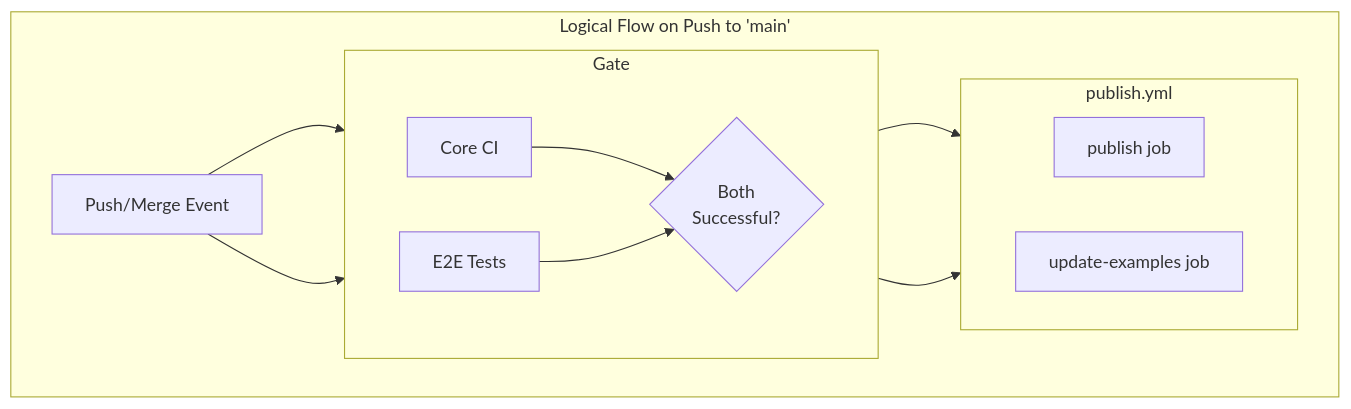
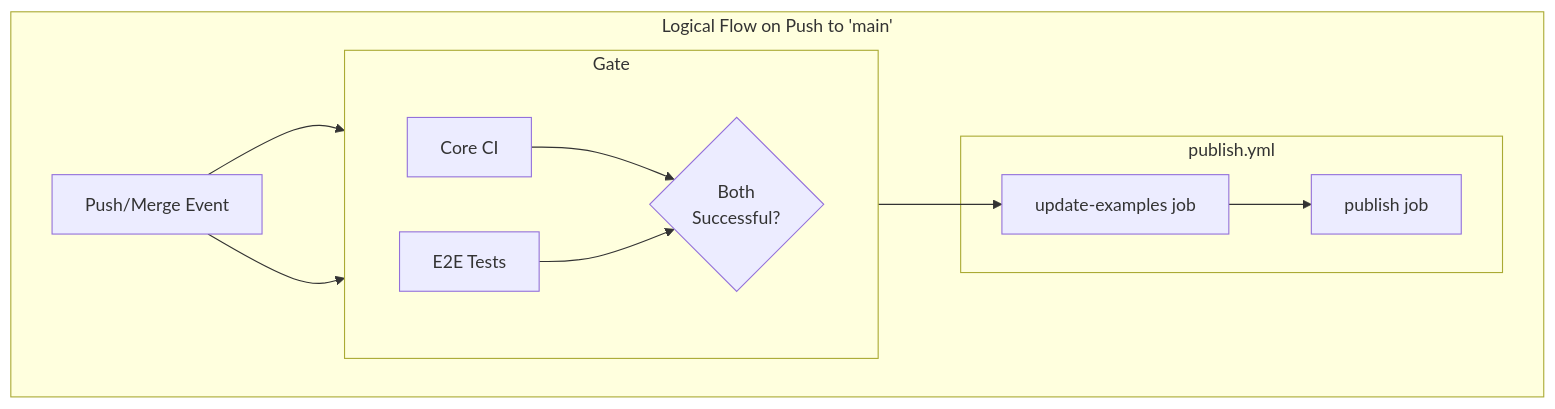
One commit to MrT3313/CREATE-ELECTRON-FOUNDATION changed the second of 2 diagrams in .github/diagram.md. Above: the diagram before and after it, drawn with Mermaid. The commit also changed other lines of this file and 2 other files, not shown here.

````diff
--- a/.github/diagram.md
+++ b/.github/diagram.md
@@ -26,19 +28,19 @@
 ```mermaid
 graph TD;
     subgraph "Logical Flow on Push to 'main'";
         A[Push/Merge Event] --> B["Core CI"];
         A --> C["E2E Tests"];
 
         subgraph "Gate";
             direction LR
             B --> G{Both<br/>Successful?};
             C --> G;
         end
 
         subgraph "publish.yml";
-          direction LR
-          G --> D["publish job"];
-          G --> E["update-examples job"];
+            E["update-examples job"] --> D["publish job"];
         end
+
+        G --> E;
     end
 ```
````
